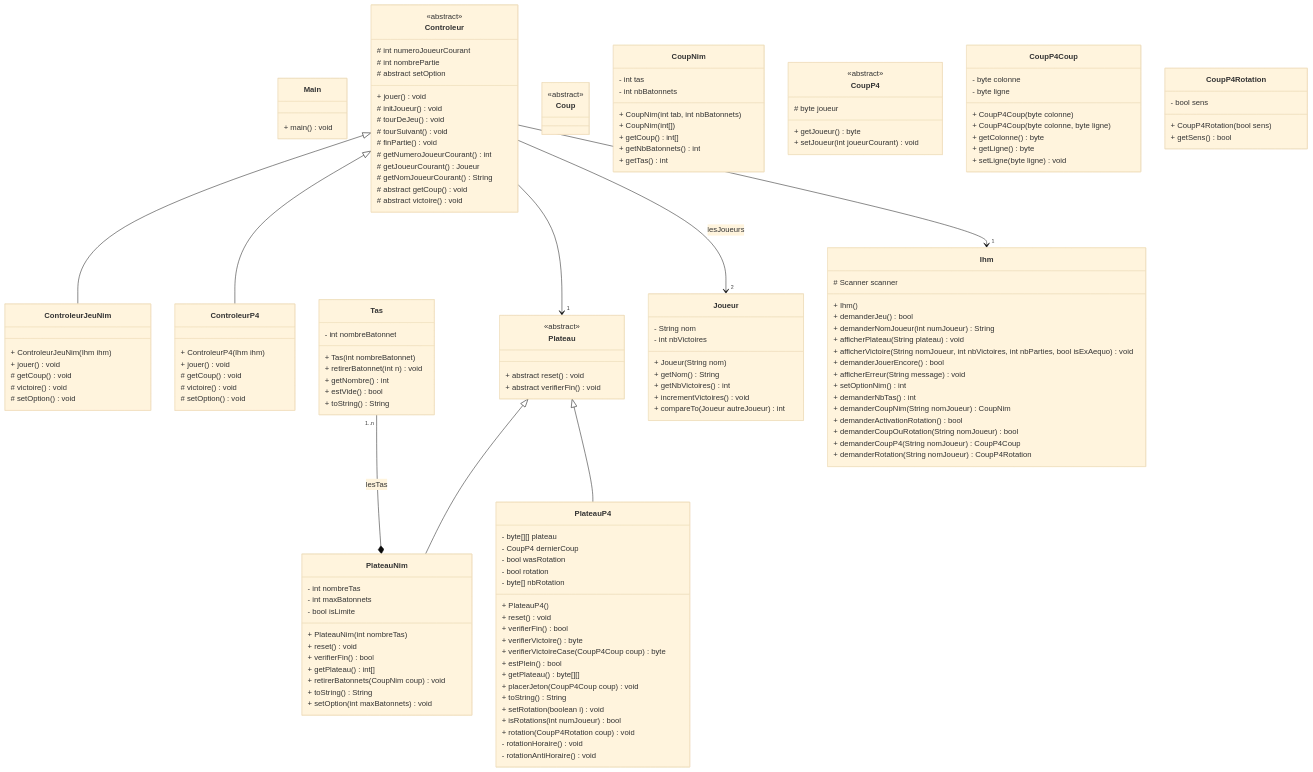
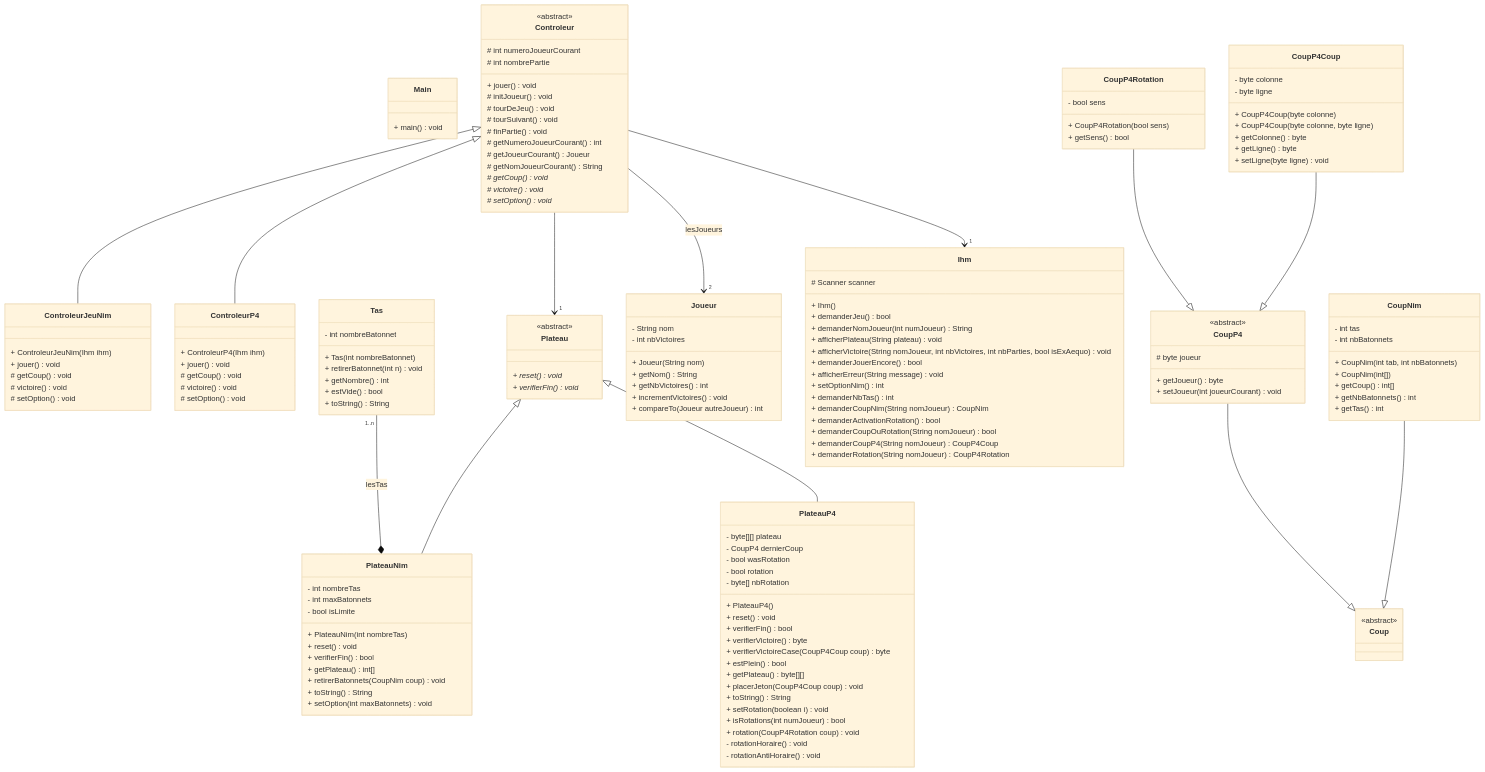
One commit to Kaawan-d20/CDA changed the second of 2 diagrams in Document/Iteration4/Iteration4.md. Above: the diagram before and after it, drawn with Mermaid (base theme).

Commit message:
modele de conception heritage coup

```diff
--- a/Document/Iteration4/Iteration4.md
+++ b/Document/Iteration4/Iteration4.md
@@ -216,9 +216,9 @@
         # getJoueurCourant() Joueur
         # getNomJoueurCourant() String
 
-        # abstract getCoup() void
-        # abstract victoire() void
-        # abstract setOption
+        # getCoup() void*
+        # victoire() void*
+        # setOption() void*
     }
 
     class ControleurJeuNim{
@@ -243,8 +243,8 @@
 
     class Plateau {
         <<abstract>>
-        + abstract reset() void
-        + abstract verifierFin() void
+        + reset() void*
+        + verifierFin() void*
     }
     class PlateauNim {
         - int nombreTas
@@ -378,7 +378,10 @@
     }
 
 
-
+    CoupNim --|> Coup
+    CoupP4 --|> Coup
+    CoupP4Coup --|> CoupP4
+    CoupP4Rotation --|> CoupP4
 
 
 
```
